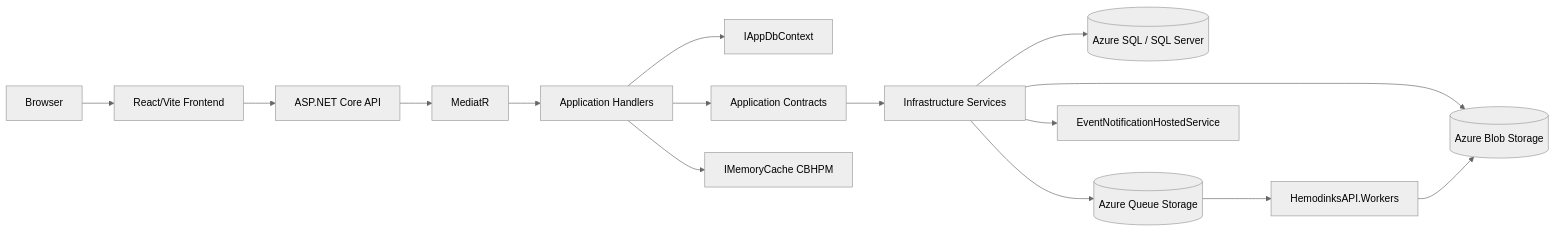
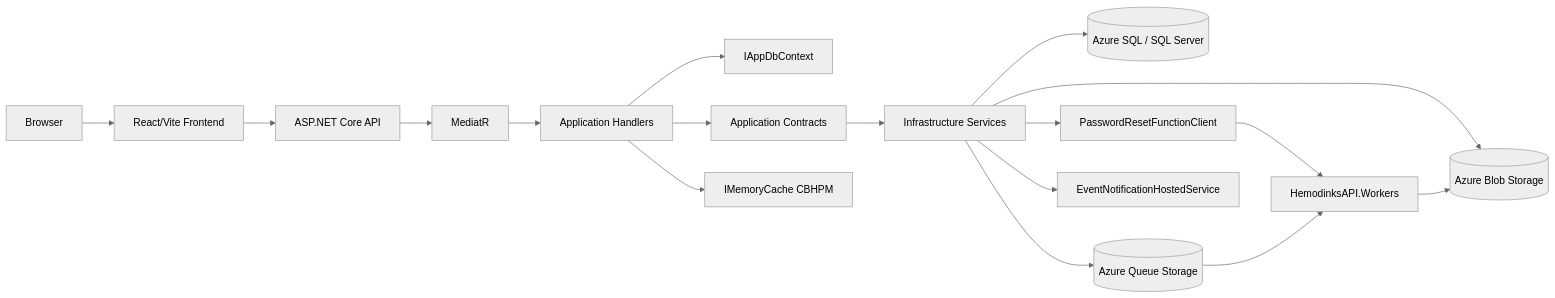
The second of 9 diagrams in docs/TECHNICAL_DOCUMENTATION.md (Hemodinks/hemodinks-api), drawn with Mermaid (neutral theme) before and after one commit. The commit also changed other lines of this file and 14 other files, not shown here.

````diff
--- a/docs/TECHNICAL_DOCUMENTATION.md
+++ b/docs/TECHNICAL_DOCUMENTATION.md
@@ -44,17 +44,19 @@
 ```mermaid
 flowchart LR
     Browser[Browser] --> Front[React/Vite Frontend]
     Front --> API[ASP.NET Core API]
     API --> Mediator[MediatR]
     Mediator --> Handlers[Application Handlers]
     Handlers --> DbContext[IAppDbContext]
     Handlers --> Contracts[Application Contracts]
     Contracts --> Infra[Infrastructure Services]
     Infra --> Sql[(Azure SQL / SQL Server)]
     Infra --> Blob[(Azure Blob Storage)]
+    Infra --> ResetHttp[PasswordResetFunctionClient]
     Infra --> Queue[(Azure Queue Storage)]
+    ResetHttp --> Functions[HemodinksAPI.Workers]
     Queue --> Functions[HemodinksAPI.Workers]
     Functions --> Blob
     Infra --> Worker[EventNotificationHostedService]
     Handlers --> Cache[IMemoryCache CBHPM]
 ```
````
